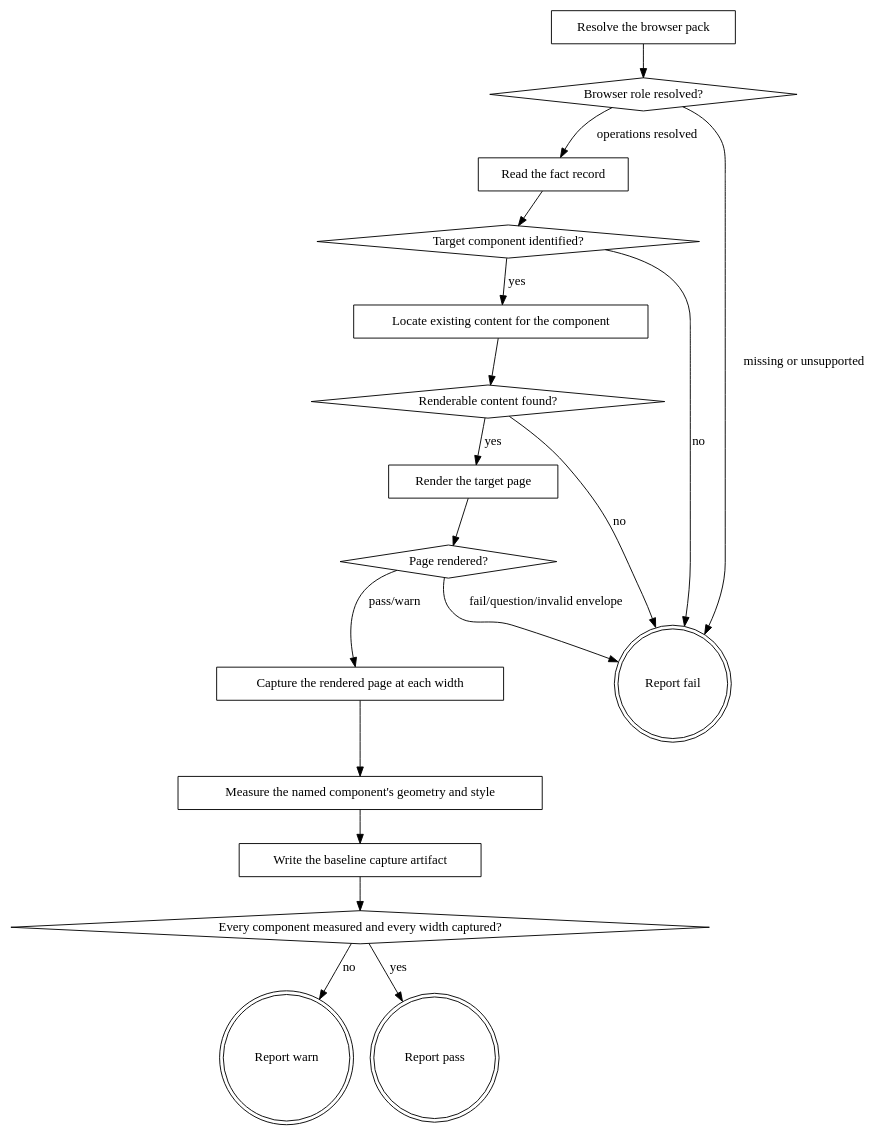
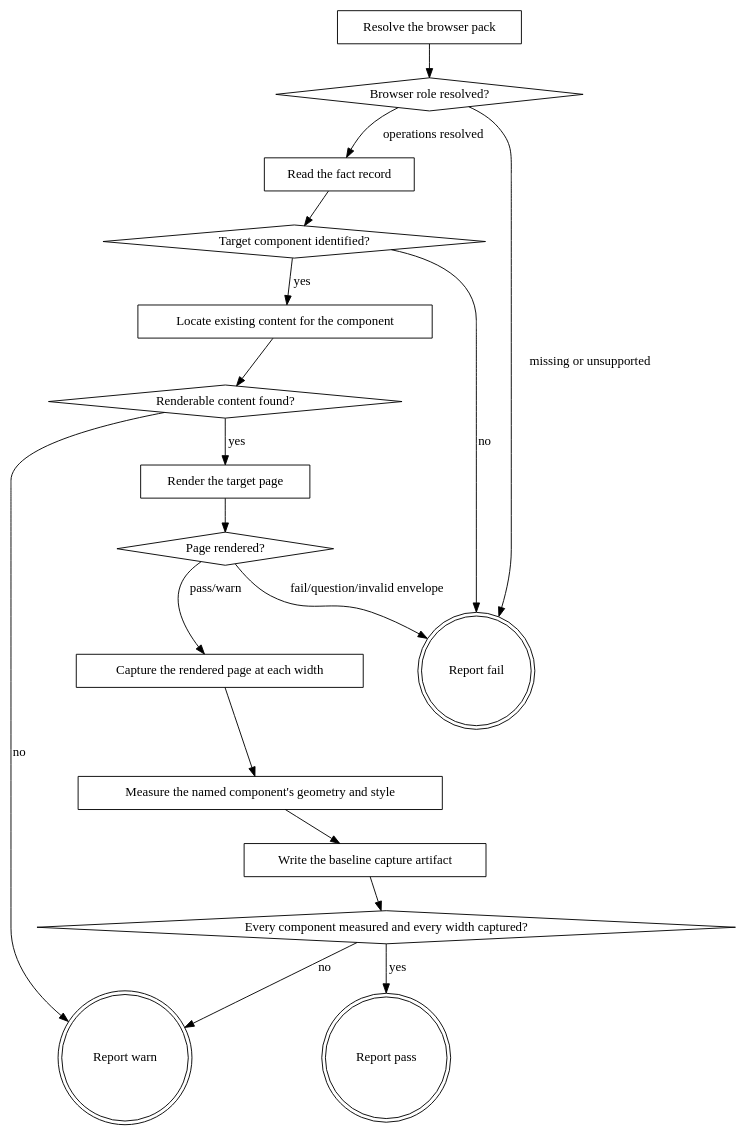
One commit to agenticDraft/aem-eds-ai-workflow-demo changed the diagram in plugins/eds/skills/eds-baseline/SKILL.md. Above: the diagram before and after it, drawn with Graphviz. The commit also changed other lines of this file, not shown here.

First line of the commit message:
eds-baseline downgrades to warn, not fail, on no renderable content

````diff
--- a/plugins/eds/skills/eds-baseline/SKILL.md
+++ b/plugins/eds/skills/eds-baseline/SKILL.md
@@ -41,37 +41,37 @@
 ```dot
 digraph eds_baseline {
     "Resolve the browser pack" [shape=box];
     "Browser role resolved?" [shape=diamond];
     "Read the fact record" [shape=box];
     "Target component identified?" [shape=diamond];
     "Locate existing content for the component" [shape=box];
     "Renderable content found?" [shape=diamond];
     "Render the target page" [shape=box];
     "Page rendered?" [shape=diamond];
     "Capture the rendered page at each width" [shape=box];
     "Measure the named component's geometry and style" [shape=box];
     "Write the baseline capture artifact" [shape=box];
     "Every component measured and every width captured?" [shape=diamond];
     "Report fail" [shape=doublecircle];
     "Report warn" [shape=doublecircle];
     "Report pass" [shape=doublecircle];
 
     "Resolve the browser pack" -> "Browser role resolved?";
     "Browser role resolved?" -> "Read the fact record" [label="operations resolved"];
     "Browser role resolved?" -> "Report fail" [label="missing or unsupported"];
     "Read the fact record" -> "Target component identified?";
     "Target component identified?" -> "Locate existing content for the component" [label="yes"];
     "Target component identified?" -> "Report fail" [label="no"];
     "Locate existing content for the component" -> "Renderable content found?";
     "Renderable content found?" -> "Render the target page" [label="yes"];
-    "Renderable content found?" -> "Report fail" [label="no"];
+    "Renderable content found?" -> "Report warn" [label="no"];
     "Render the target page" -> "Page rendered?";
     "Page rendered?" -> "Capture the rendered page at each width" [label="pass/warn"];
     "Page rendered?" -> "Report fail" [label="fail/question/invalid envelope"];
     "Capture the rendered page at each width" -> "Measure the named component's geometry and style";
     "Measure the named component's geometry and style" -> "Write the baseline capture artifact";
     "Write the baseline capture artifact" -> "Every component measured and every width captured?";
     "Every component measured and every width captured?" -> "Report warn" [label="no"];
     "Every component measured and every width captured?" -> "Report pass" [label="yes"];
 }
 ```
````
